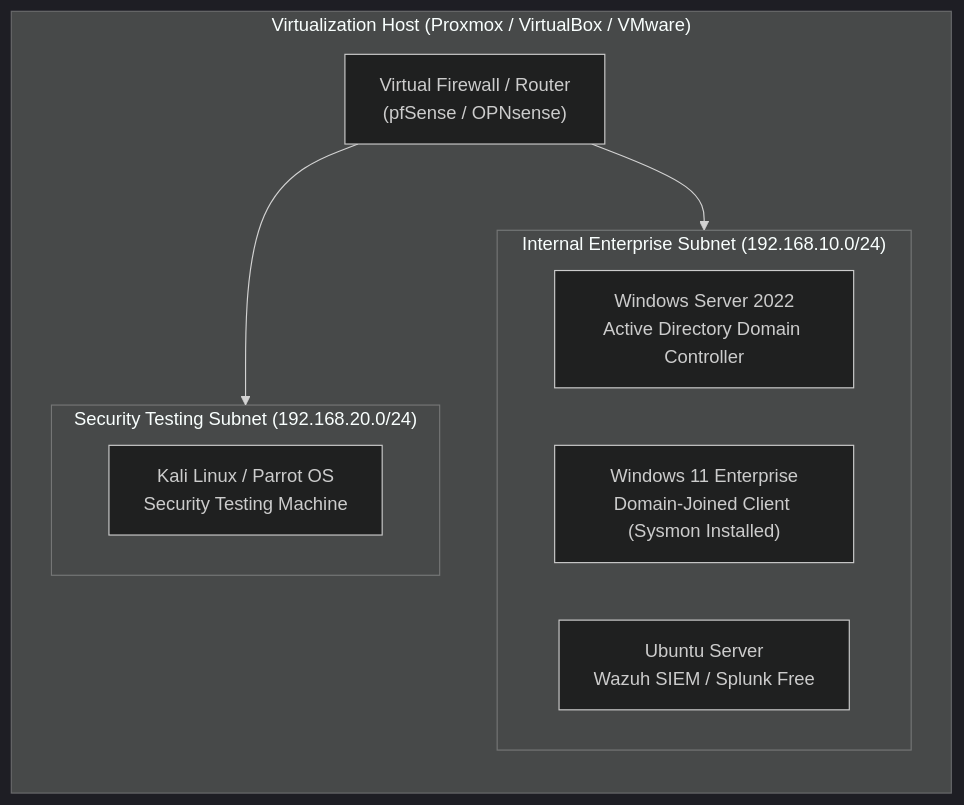
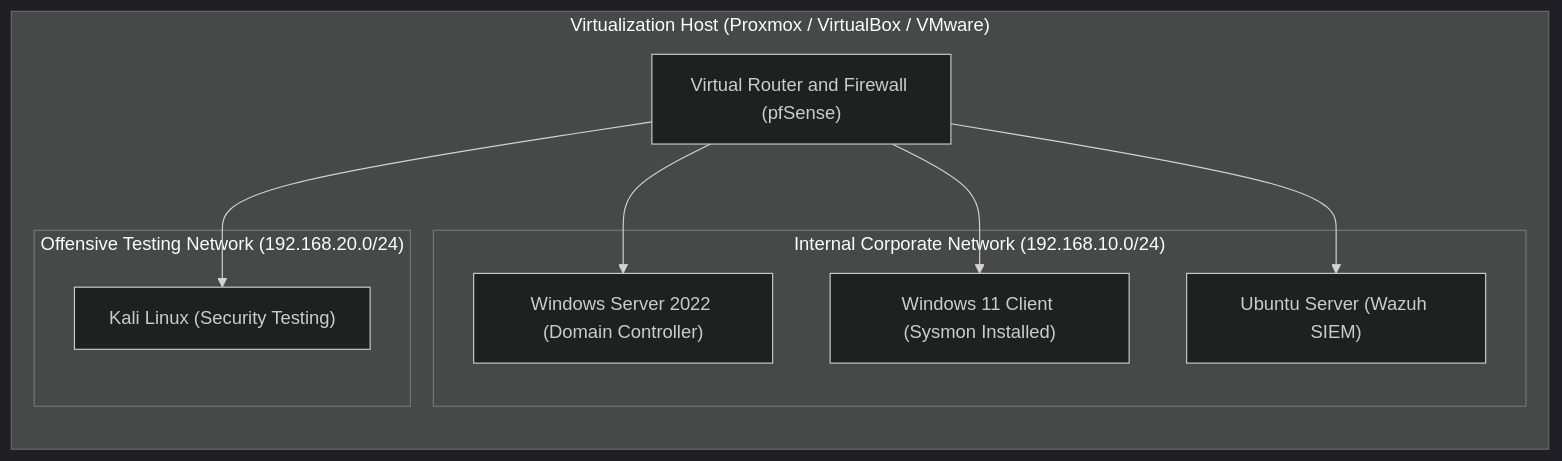
Before and after one commit to Pi25sh/cybersecurity_roadmap: the second of 2 diagrams in README.md, drawn with Mermaid (dark theme). The commit also changed other lines of this file and 2 other files, not shown here.

Commit message:
fix: sanitize Mermaid diagrams for GitHub rich display rendering

````diff
--- a/README.md
+++ b/README.md
@@ -173,20 +173,21 @@
 ```mermaid
-graph LR
-    subgraph Host ["Virtualization Host (Proxmox / VirtualBox / VMware)"]
-        direction TB
-        Router["Virtual Firewall / Router<br/>(pfSense / OPNsense)"]
+flowchart LR
+    subgraph Host["Virtualization Host (Proxmox / VirtualBox / VMware)"]
+        Router["Virtual Router and Firewall (pfSense)"]
         
-        subgraph InternalNet ["Internal Enterprise Subnet (192.168.10.0/24)"]
-            DC["Windows Server 2022<br/>Active Directory Domain Controller"]
-            Client["Windows 11 Enterprise<br/>Domain-Joined Client (Sysmon Installed)"]
-            SIEM["Ubuntu Server<br/>Wazuh SIEM / Splunk Free"]
+        subgraph InternalNet["Internal Corporate Network (192.168.10.0/24)"]
+            DC["Windows Server 2022 (Domain Controller)"]
+            Client["Windows 11 Client (Sysmon Installed)"]
+            SIEM["Ubuntu Server (Wazuh SIEM)"]
         end
         
-        subgraph AttackNet ["Security Testing Subnet (192.168.20.0/24)"]
-            Kali["Kali Linux / Parrot OS<br/>Security Testing Machine"]
+        subgraph AttackNet["Offensive Testing Network (192.168.20.0/24)"]
+            Kali["Kali Linux (Security Testing)"]
         end
         
-        Router --> InternalNet
-        Router --> AttackNet
+        Router --> DC
+        Router --> Client
+        Router --> SIEM
+        Router --> Kali
     end
 ```
````
